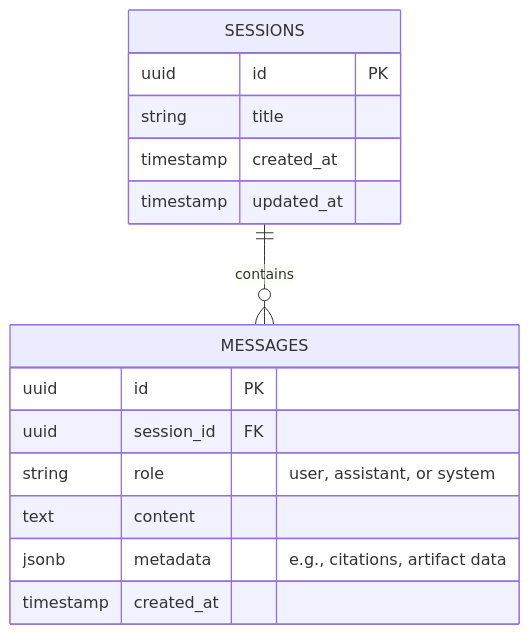
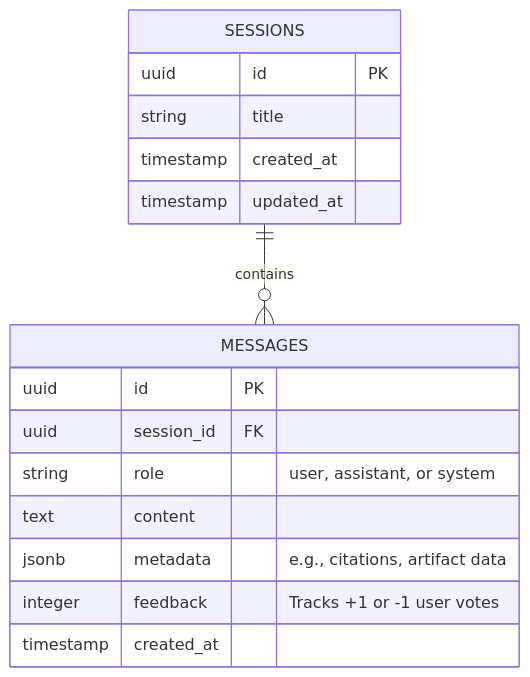
The second of 2 diagrams in architecture.md (OnlymeKarthik/lenny-podcast-ai), drawn with Mermaid before and after one commit. The commit also changed other lines of this file and 9 other files, not shown here.

````diff
--- a/architecture.md
+++ b/architecture.md
@@ -47,18 +46,19 @@
 ```mermaid
 erDiagram
     SESSIONS ||--o{ MESSAGES : contains
     SESSIONS {
         uuid id PK
         string title
         timestamp created_at
         timestamp updated_at
     }
     MESSAGES {
         uuid id PK
         uuid session_id FK
         string role "user, assistant, or system"
         text content
         jsonb metadata "e.g., citations, artifact data"
+        integer feedback "Tracks +1 or -1 user votes"
         timestamp created_at
     }
 ```
````
